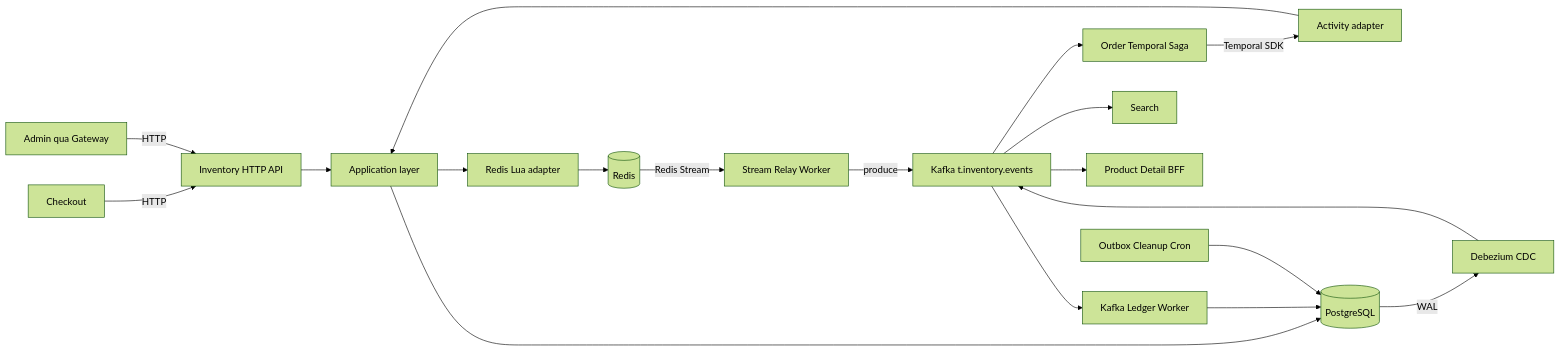
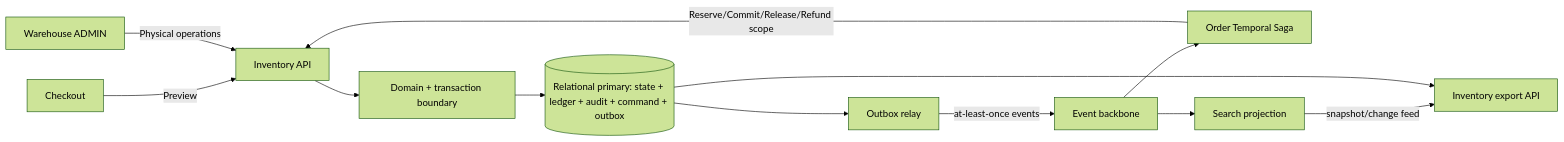
One commit to quangdung2110/e-commerce-microservices changed the diagram in docs/inventory/architecture.md. Above: the diagram before and after it, drawn with Mermaid (forest theme). The commit also changed other lines of this file and 14 other files, not shown here.

````diff
--- a/docs/inventory/architecture.md
+++ b/docs/inventory/architecture.md
@@ -37,24 +13,14 @@
 ```mermaid
 flowchart LR
-  CK[Checkout] -->|HTTP| API[Inventory HTTP API]
-  AD[Admin qua Gateway] -->|HTTP| API
-  OR[Order Temporal Saga] -->|Temporal SDK| ACT[Activity adapter]
-
-  API --> APP[Application layer]
-  ACT --> APP
-
-  APP --> LUA[Redis Lua adapter]
-  APP --> PG[(PostgreSQL)]
-  LUA --> R[(Redis)]
-
-  R -->|Redis Stream| RELAY[Stream Relay Worker]
-  RELAY -->|produce| KAF[Kafka t.inventory.events]
-  KAF --> LEDGER[Kafka Ledger Worker]
-  LEDGER --> PG
-  PG -->|WAL| CDC[Debezium CDC]
-  CDC --> KAF
-  KAF --> SE[Search]
-  KAF --> PDP[Product Detail BFF]
-  KAF --> OR
-  CRON[Outbox Cleanup Cron] --> PG
+  Checkout -->|Preview| API[Inventory API]
+  Order[Order Temporal Saga] -->|Reserve/Commit/Release/Refund scope| API
+  Admin[Warehouse ADMIN] -->|Physical operations| API
+  API --> Domain[Domain + transaction boundary]
+  Domain --> DB[(Relational primary: state + ledger + audit + command + outbox)]
+  Relay[Outbox relay] -->|at-least-once events| Bus[Event backbone]
+  DB --> Relay
+  Bus --> Order
+  Bus --> Search[Search projection]
+  Search -->|snapshot/change feed| Export[Inventory export API]
+  DB --> Export
 ```
````
